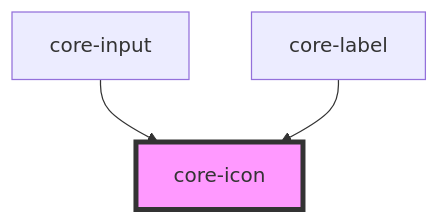
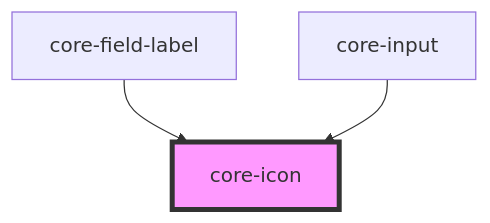
Before and after one commit to iFixit/core-design: the diagram in src/components/core-icon/readme.md, drawn with Mermaid. The commit also changed other lines of this file and 10 other files, not shown here.

Commit message:
rename core-label, fix typo

````diff
--- a/src/components/core-icon/readme.md
+++ b/src/components/core-icon/readme.md
@@ -27,6 +26,6 @@
 ```mermaid
 graph TD;
+  core-field-label --> core-icon
   core-input --> core-icon
-  core-label --> core-icon
   style core-icon fill:#f9f,stroke:#333,stroke-width:4px
 ```
````
